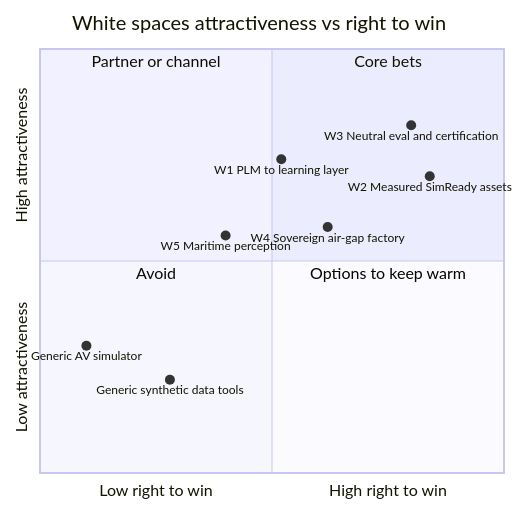
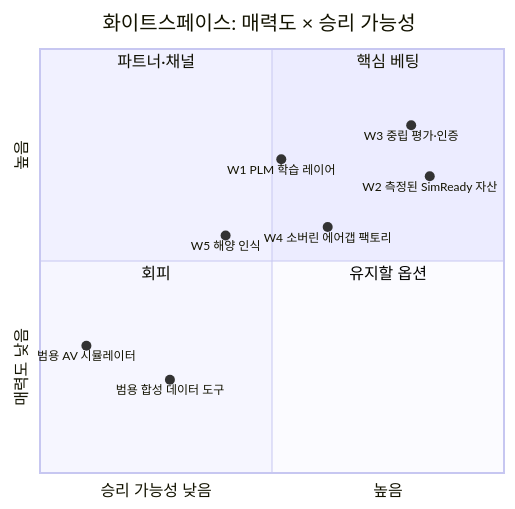
Before and after one commit to ouremployeeces-ship-it/AIResearch: the fourth of 5 diagrams in docs/digital-twin-platform/02-market-competition.md, drawn with Mermaid. The commit also changed other lines of this file and 14 other files, not shown here.

````diff
--- a/docs/digital-twin-platform/02-market-competition.md
+++ b/docs/digital-twin-platform/02-market-competition.md
@@ -419,17 +393,17 @@
 ```mermaid
 quadrantChart
-    title White spaces attractiveness vs right to win
-    x-axis Low right to win --> High right to win
-    y-axis Low attractiveness --> High attractiveness
-    quadrant-1 Core bets
-    quadrant-2 Partner or channel
-    quadrant-3 Avoid
-    quadrant-4 Options to keep warm
-    W1 PLM to learning layer: [0.52, 0.74]
-    W2 Measured SimReady assets: [0.84, 0.70]
-    W3 Neutral eval and certification: [0.80, 0.82]
-    W4 Sovereign air-gap factory: [0.62, 0.58]
-    W5 Maritime perception: [0.40, 0.56]
-    Generic AV simulator: [0.10, 0.30]
-    Generic synthetic data tools: [0.28, 0.22]
+    title 화이트스페이스: 매력도 × 승리 가능성
+    x-axis 승리 가능성 낮음 --> 높음
+    y-axis 매력도 낮음 --> 높음
+    quadrant-1 핵심 베팅
+    quadrant-2 파트너·채널
+    quadrant-3 회피
+    quadrant-4 유지할 옵션
+    W1 PLM 학습 레이어: [0.52, 0.74]
+    W2 측정된 SimReady 자산: [0.84, 0.70]
+    W3 중립 평가·인증: [0.80, 0.82]
+    W4 소버린 에어갭 팩토리: [0.62, 0.58]
+    W5 해양 인식: [0.40, 0.56]
+    범용 AV 시뮬레이터: [0.10, 0.30]
+    범용 합성 데이터 도구: [0.28, 0.22]
 ```
````
